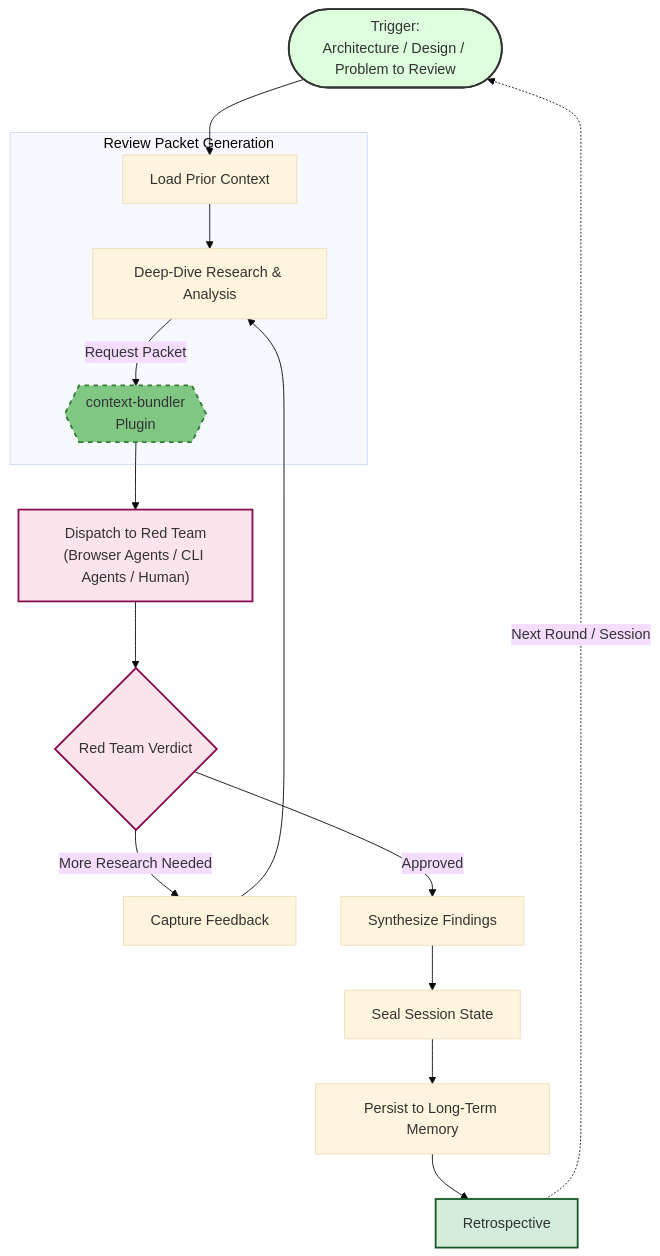
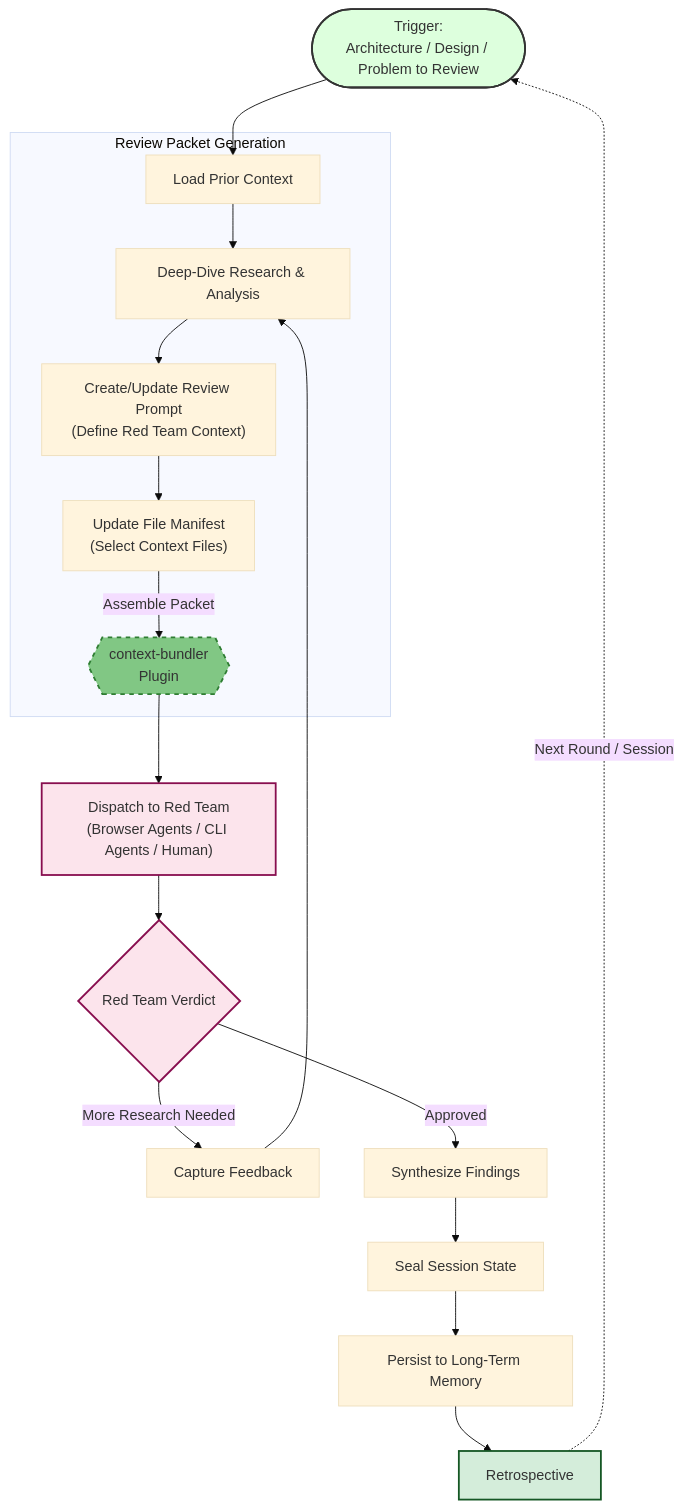
Before and after one commit to richfrem/Project_Sanctuary: the diagram in plugins/agent-loops/resources/diagrams/red_team_review_loop.mmd, drawn with Mermaid. The commit also changed 1 other file, not shown here.

Commit message:
docs(diagrams): detail red team review bundle generation with explicit prompt and manifest steps

```diff
--- a/plugins/agent-loops/resources/diagrams/red_team_review_loop.mmd
+++ b/plugins/agent-loops/resources/diagrams/red_team_review_loop.mmd
@@ -1,38 +1,42 @@
 ---
 config:
   theme: base
 ---
 
 %% Pattern 2: Red Team Review Loop
 %% Orchestrated research with iterative adversarial review rounds.
 %% Location: resources/diagrams/red_team_review_loop.mmd
 
 flowchart TB
     Start(["Trigger:<br>Architecture / Design / Problem to Review"])
     Start --> Orient["Load Prior Context"]
     
     subgraph Execution["Review Packet Generation"]
         Research["Deep-Dive Research & Analysis"]
+        Prompt["Create/Update Review Prompt<br>(Define Red Team Context)"]
+        Manifest["Update File Manifest<br>(Select Context Files)"]
         Bundler{{"context-bundler<br>Plugin"}}
         
         Orient --> Research
-        Research -->|Request Packet| Bundler
+        Research --> Prompt
+        Prompt --> Manifest
+        Manifest -->|Assemble Packet| Bundler
     end
     
     Bundler --> Dispatch["Dispatch to Red Team<br>(Browser Agents / CLI Agents / Human)"]
 
     Dispatch --> Review{"Red Team Verdict"}
     Review -- "More Research Needed" --> Feedback["Capture Feedback"]
     Feedback --> Research
     Review -- "Approved" --> Synthesize["Synthesize Findings"]
 
     Synthesize --> Seal["Seal Session State"]
     Seal --> Persist["Persist to Long-Term Memory"]
     Persist --> Retro["Retrospective"]
     Retro -.->|"Next Round / Session"| Start
 
     style Start fill:#dfd,stroke:#333,stroke-width:2px
     style Review fill:#fce4ec,stroke:#880e4f,stroke-width:2px
     style Dispatch fill:#fce4ec,stroke:#880e4f,stroke-width:2px
     style Retro fill:#d4edda,stroke:#155724,stroke-width:2px
     style Bundler fill:#81c784,stroke:#2e7d32,stroke-width:2px,stroke-dasharray: 5 5
```
